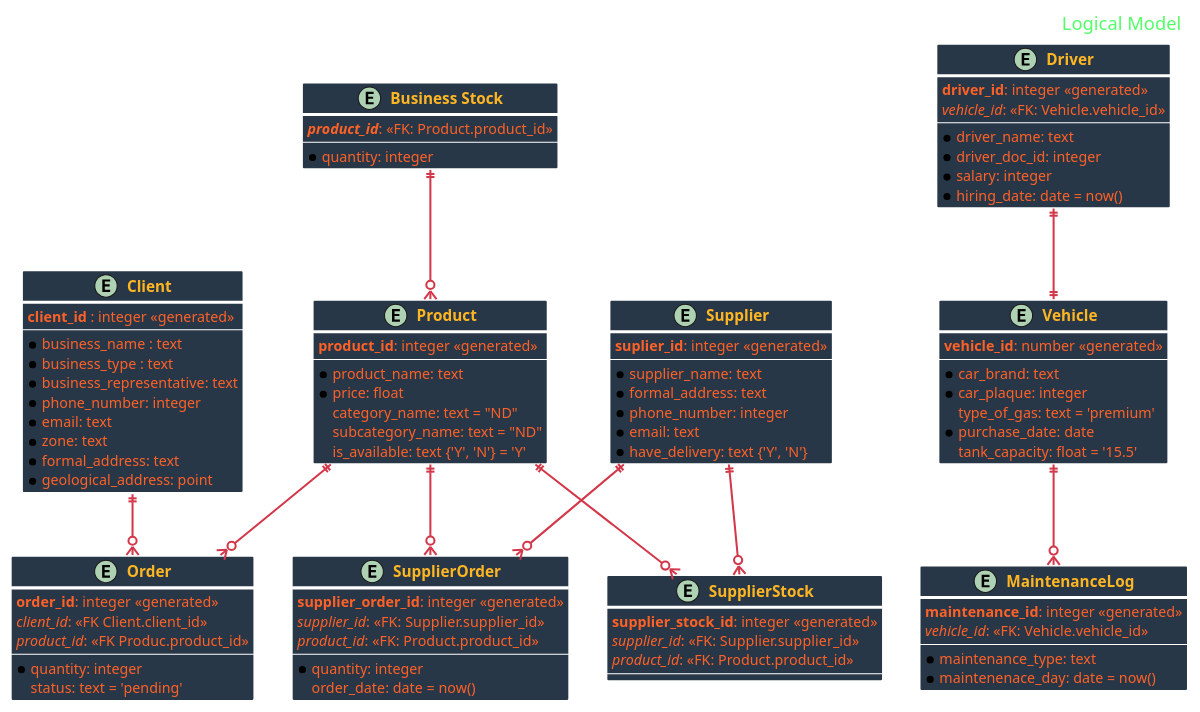
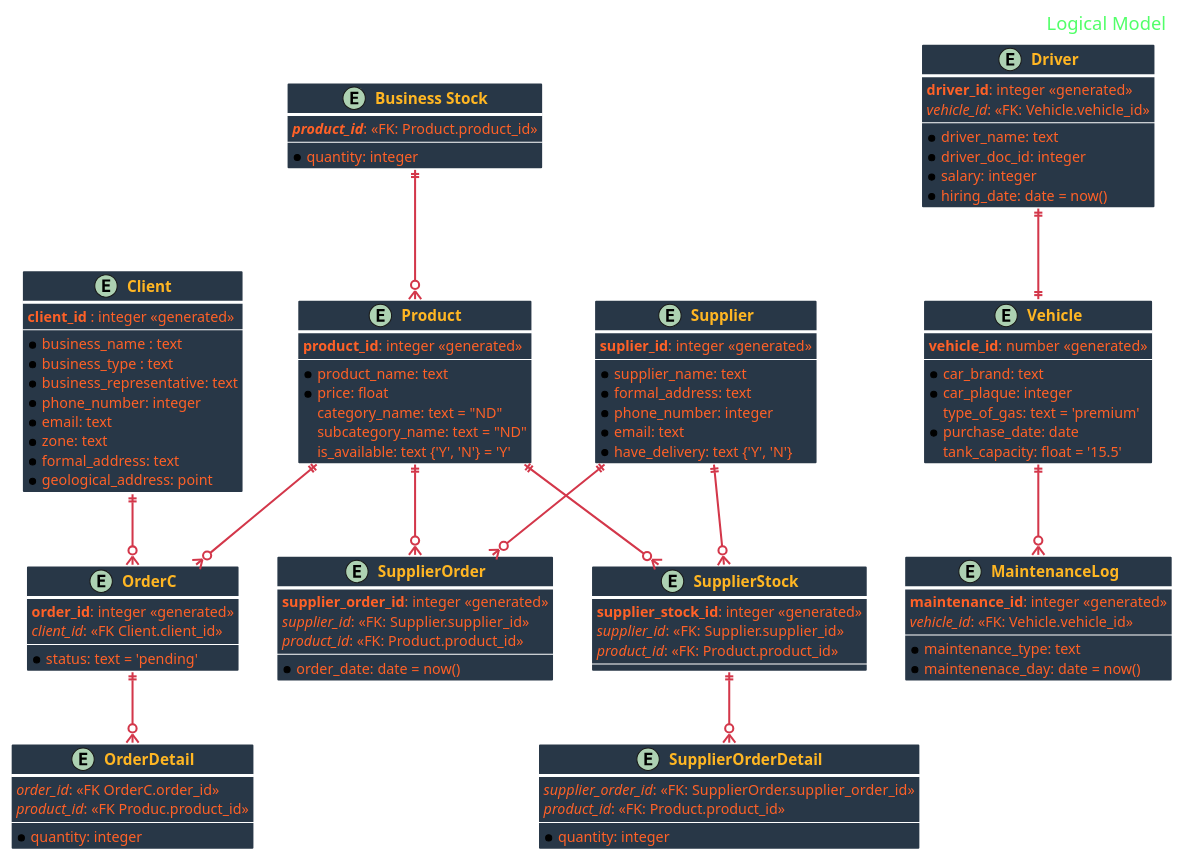
Before and after one commit to hros19/CorreCaminos-management-system: the diagram in logical_diagram.puml, drawn with PlantUML.

Commit message:
Update logical_diagram.puml
Los detail solo son detalles de las ordenes, la idea es que una orden tiene un primary por lo cual no lo puede repetir y como se hace una lista de productos es mejor tener una detalles que especifique un producto y la cantidad que esta relacionada a una unica orden que se realizo

```diff
--- a/logical_diagram.puml
+++ b/logical_diagram.puml
@@ -1,128 +1,140 @@
 @startuml Logical Database Model
 
 skinparam BackgroundColor transparent
 
 skinparam HeaderFontColor #52FF69
 skinparam HeaderFontSize 18
 
 skinparam ArrowFontSize 15
 skinparam ArrowColor D3374A
 skinparam ArrowThickness 2
 skinparam ArrowFontColor #3FD0C4
 
 skinparam ClassBorderColor white
 skinparam ClassBorderThickness 3
 skinparam ClassAttributeFontSize 14
 skinparam ClassAttributeFontColor FF6127
 skinparam ClassBackgroundColor #283747
 skinparam ClassFontSize 15
 skinparam ClassFontStyle Bold
 skinparam ClassFontColor #FFB623
 
 
 header Logical Model
 
 entity "Client" as Client {
   **client_id** : integer <<generated>>
   --
   *business_name : text
   *business_type : text
   *business_representative: text
   *phone_number: integer
   *email: text
   *zone: text
   *formal_address: text
   *geological_address: point
 }
 
 entity "Vehicle" as Vehicle {
     **vehicle_id**: number <<generated>>
     --
     *car_brand: text
     *car_plaque: integer
     type_of_gas: text = 'premium'
     *purchase_date: date
     tank_capacity: float = '15.5' 
 }
 
 entity "MaintenanceLog" as MaintenanceLog {
     **maintenance_id**: integer <<generated>>
      //vehicle_id//: <<FK: Vehicle.vehicle_id>> 
     --
     *maintenance_type: text
     *maintenenace_day: date = now()
 }
 
 entity "Driver" as Driver {
     **driver_id**: integer <<generated>>
     //vehicle_id//: <<FK: Vehicle.vehicle_id>>
     --
     *driver_name: text
     *driver_doc_id: integer
     *salary: integer
     *hiring_date: date = now()
 }
 
-entity "Order" as Order {
+entity "OrderC" as OrderC{
     **order_id**: integer <<generated>>
     //client_id//: <<FK Client.client_id>>
+    --
+    *status: text = 'pending'
+}
+
+entity "OrderDetail" as OrderDetail {
+    //order_id//: <<FK OrderC.order_id>>
     //product_id//: <<FK Produc.product_id>>
     --
     *quantity: integer
-    status: text = 'pending'
 }
 
 entity "Business Stock" as BusinessStock {
     **//product_id//**: <<FK: Product.product_id>>
     --
     *quantity: integer
 }
 
 entity "Supplier" as Supplier {
     **suplier_id**: integer <<generated>>
     --
     *supplier_name: text
     *formal_address: text
     *phone_number: integer
     *email: text
     *have_delivery: text {'Y', 'N'}
 }
 
 entity "Product" as Product {
     **product_id**: integer <<generated>>
     --
     *product_name: text
     *price: float
     category_name: text = "ND"
     subcategory_name: text = "ND"
     is_available: text {'Y', 'N'} = 'Y'
 }
 
 entity "SupplierStock" as SupplierStock {
     **supplier_stock_id**: integer <<generated>>
     //supplier_id//: <<FK: Supplier.supplier_id>>
     //product_id//: <<FK: Product.product_id>>
     --
 }
 
 entity "SupplierOrder" as SupplierOrder {
     **supplier_order_id**: integer <<generated>>
     //supplier_id//: <<FK: Supplier.supplier_id>>
     //product_id//: <<FK: Product.product_id>>
     --
+   *order_date: date = now()
+}
+
+entity "SupplierOrderDetail" as SupplierOrderDetail {
+    //supplier_order_id//: <<FK: SupplierOrder.supplier_order_id>>
+    //product_id//: <<FK: Product.product_id>>
+    --
     *quantity: integer
-    order_date: date = now()
 }
 
 Driver ||--|| Vehicle
 Vehicle ||--o{ MaintenanceLog
-Client ||--o{ Order
-Product ||--o{ Order
+Client ||--o{ OrderC
+Product ||--o{ OrderC
+OrderC ||--o{ OrderDetail
 Supplier ||--o{ SupplierOrder
 Supplier ||--o{ SupplierStock
 Product ||--o{ SupplierStock
 Product ||--o{ SupplierOrder
 BusinessStock ||--o{ Product
-
+SupplierStock ||--o{  SupplierOrderDetail
 
 @enduml
```
